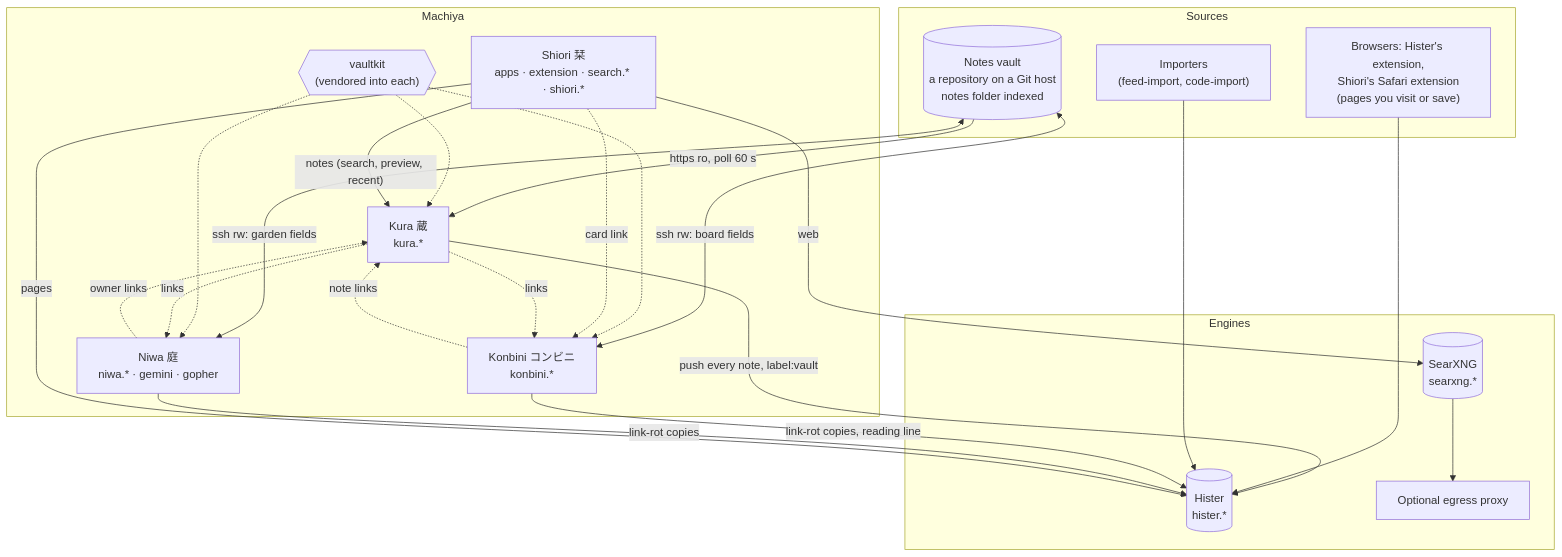
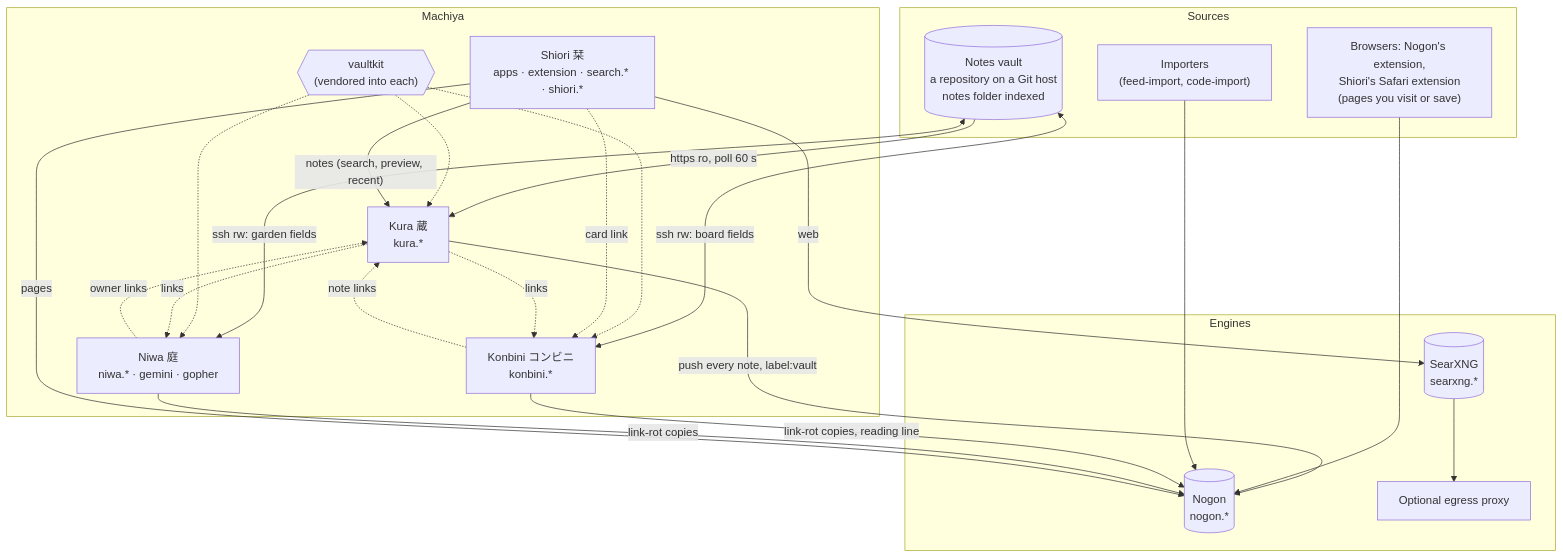
One commit to machiya-kobo/machiya changed the first of 6 diagrams in docs/architecture.md. Above: the diagram before and after it, drawn with Mermaid. The commit also changed other lines of this file and 30 other files, not shown here.

First line of the commit message:
machiya: docs: Hister is now Nogon, stage 3b (contract and service doc renamed)

````diff
--- a/docs/architecture.md
+++ b/docs/architecture.md
@@ -5,43 +5,43 @@
 ```mermaid
 flowchart TB
     subgraph sources["Sources"]
         vault[("Notes vault<br/>a repository on a Git host<br/>notes folder indexed")]
-        browser["Browsers: Hister's extension,<br/>Shiori's Safari extension<br/>(pages you visit or save)"]
+        browser["Browsers: Nogon's extension,<br/>Shiori's Safari extension<br/>(pages you visit or save)"]
         other["Importers<br/>(feed-import, code-import)"]
     end
 
     subgraph machiya["Machiya"]
         kura["Kura 蔵<br/>kura.*"]
         niwa["Niwa 庭<br/>niwa.* · gemini · gopher"]
         konbini["Konbini コンビニ<br/>konbini.*"]
         shiori["Shiori 栞<br/>apps · extension · search.* · shiori.*"]
         vaultkit{{"vaultkit<br/>(vendored into each)"}}
     end
 
     subgraph engines["Engines"]
-        hister[("Hister<br/>hister.*")]
+        nogon[("Nogon<br/>nogon.*")]
         searx[("SearXNG<br/>searxng.*")]
         proxy["Optional egress proxy"]
     end
 
     vault -->|"https ro, poll 60 s"| kura
     vault <-->|"ssh rw: garden fields"| niwa
     vault <-->|"ssh rw: board fields"| konbini
     vaultkit -.-> kura & niwa & konbini
 
-    kura -->|"push every note, label:vault"| hister
-    browser --> hister
-    other --> hister
-    konbini -->|"link-rot copies, reading line"| hister
-    niwa -->|"link-rot copies"| hister
+    kura -->|"push every note, label:vault"| nogon
+    browser --> nogon
+    other --> nogon
+    konbini -->|"link-rot copies, reading line"| nogon
+    niwa -->|"link-rot copies"| nogon
 
-    shiori -->|pages| hister
+    shiori -->|pages| nogon
     shiori -->|"notes (search, preview, recent)"| kura
     shiori -->|web| searx
     shiori -.->|"card link"| konbini
     searx --> proxy
 
     kura -.->|links| niwa & konbini
     niwa -.->|"owner links"| kura
     konbini -.->|"note links"| kura
 ```
````
